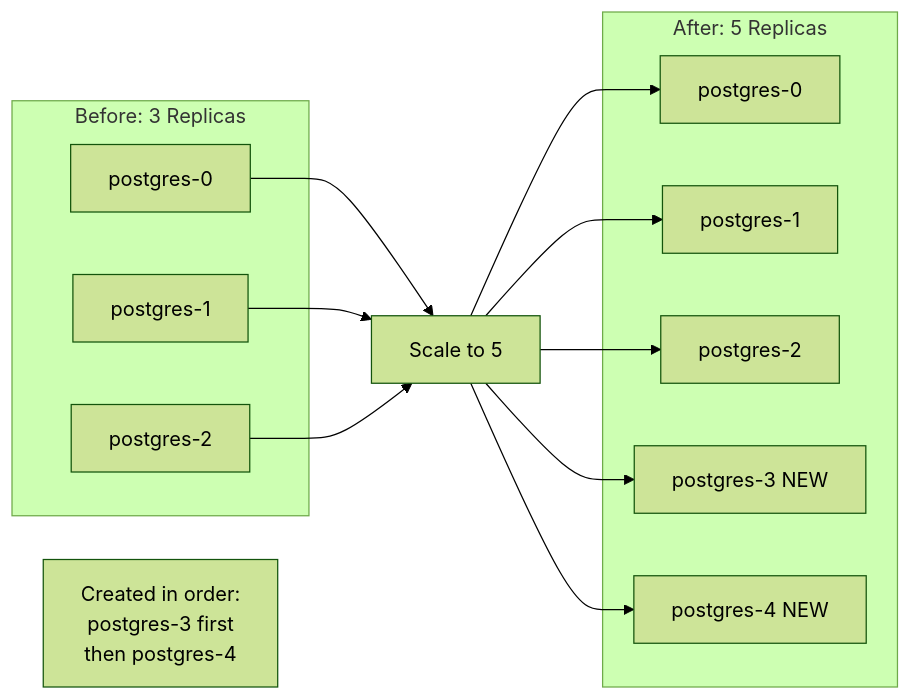
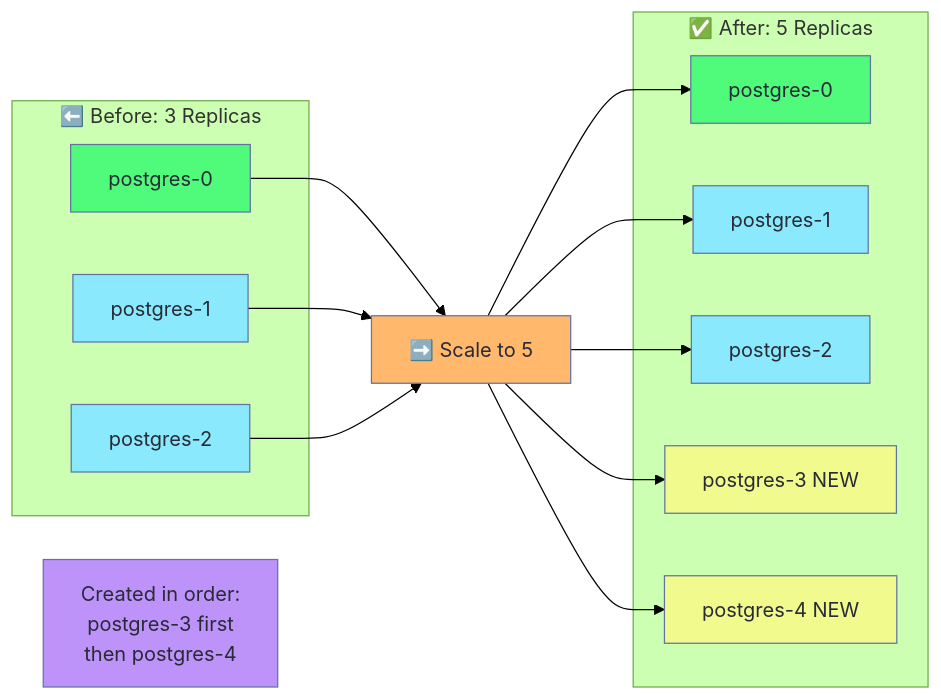
Before and after one commit to selvakumarperumal/k8s_minikube_learn: the ninth of 17 diagrams in Workload_and_Application_Management/statefulset-postgresql-explained.md, drawn with Mermaid (forest theme). The commit also changed other lines of this file, not shown here.

Commit message:
Apply Dracula theme colors to all diagrams for consistent visibility in dark mode

````diff
--- a/Workload_and_Application_Management/statefulset-postgresql-explained.md
+++ b/Workload_and_Application_Management/statefulset-postgresql-explained.md
@@ -232,26 +278,37 @@
 ```mermaid
 flowchart LR
-    subgraph "Before: 3 Replicas"
+    subgraph BEFORE["⬅️ Before: 3 Replicas"]
         P0[postgres-0]
         P1[postgres-1]
         P2[postgres-2]
     end
     
-    SCALE[Scale to 5]
+    SCALE[➡️ Scale to 5]
     
-    subgraph "After: 5 Replicas"
+    subgraph AFTER["✅ After: 5 Replicas"]
         P0_2[postgres-0]
         P1_2[postgres-1]
         P2_2[postgres-2]
         P3[postgres-3 NEW]
         P4[postgres-4 NEW]
     end
     
     P0 --> SCALE --> P0_2
     P1 --> SCALE --> P1_2
     P2 --> SCALE --> P2_2
     SCALE --> P3
     SCALE --> P4
     
     Note1[Created in order:<br/>postgres-3 first<br/>then postgres-4]
+    
+    style P0 fill:#50fa7b,stroke:#6272a4,color:#282a36
+    style P1 fill:#8be9fd,stroke:#6272a4,color:#282a36
+    style P2 fill:#8be9fd,stroke:#6272a4,color:#282a36
+    style SCALE fill:#ffb86c,stroke:#6272a4,color:#282a36
+    style P0_2 fill:#50fa7b,stroke:#6272a4,color:#282a36
+    style P1_2 fill:#8be9fd,stroke:#6272a4,color:#282a36
+    style P2_2 fill:#8be9fd,stroke:#6272a4,color:#282a36
+    style P3 fill:#f1fa8c,stroke:#6272a4,color:#282a36
+    style P4 fill:#f1fa8c,stroke:#6272a4,color:#282a36
+    style Note1 fill:#bd93f9,stroke:#6272a4,color:#282a36
 ```
````
